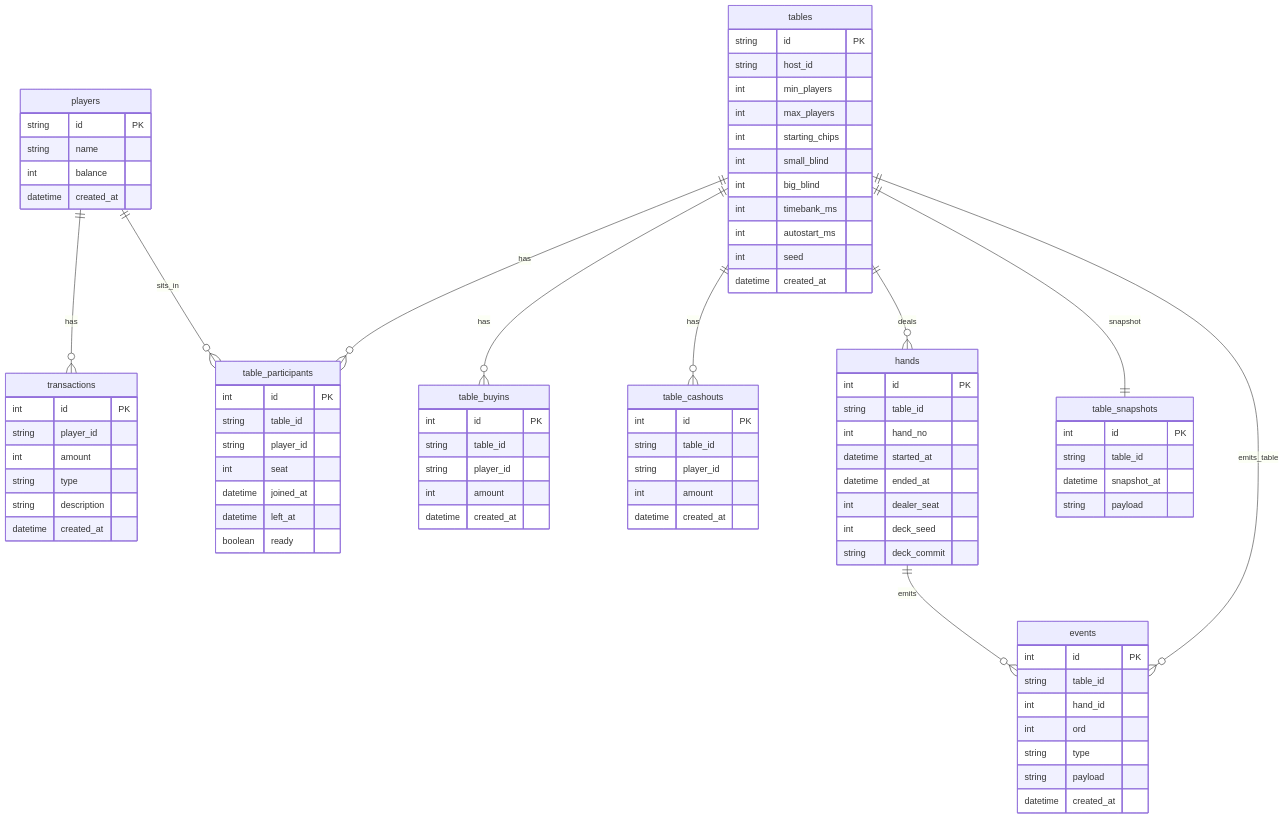
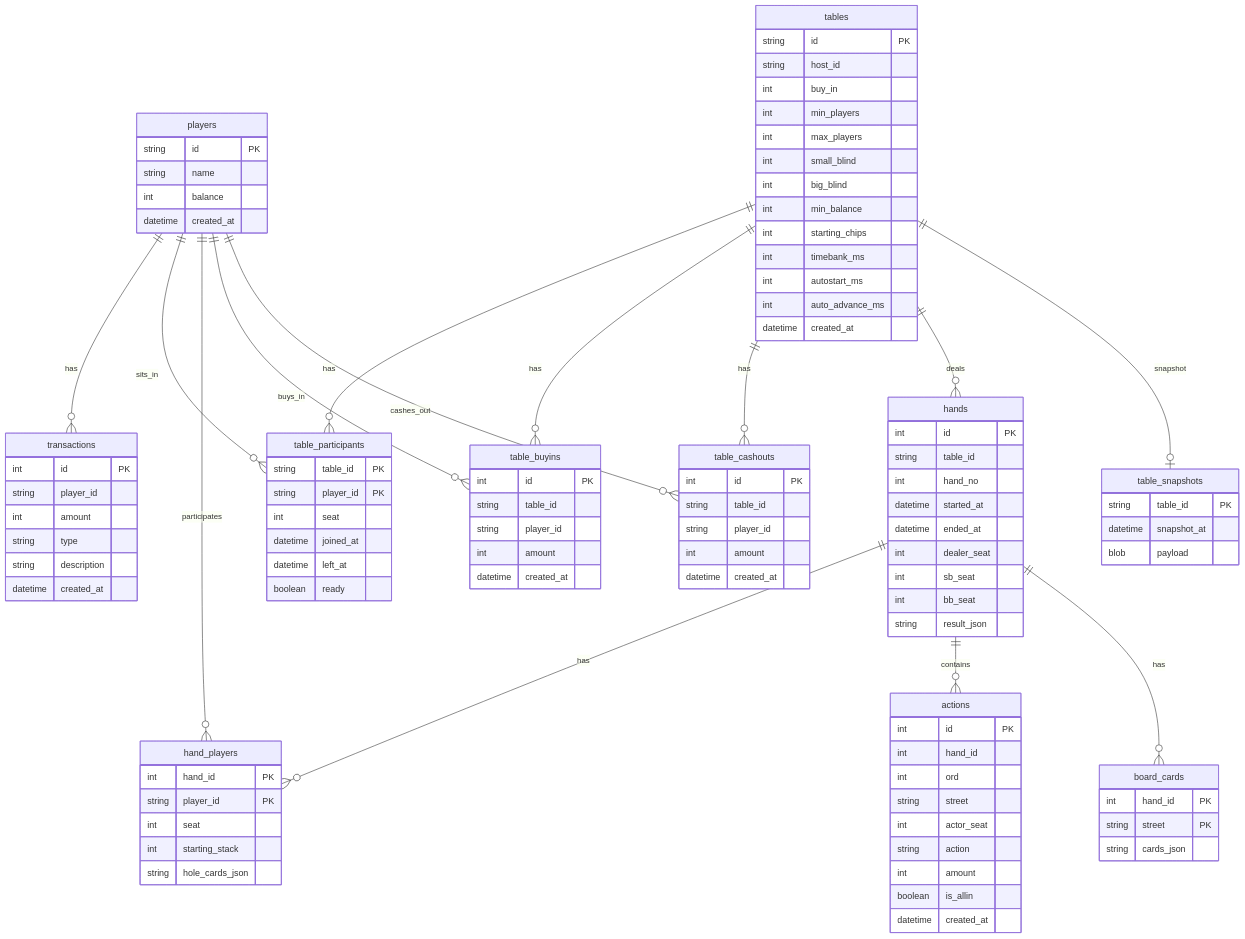
Before and after one commit to vctt94/dcrpoker: the first of 6 diagrams in docs/db.md, drawn with Mermaid. The commit also changed other lines of this file and 40 other files, not shown here.

````diff
--- a/docs/db.md
+++ b/docs/db.md
@@ -3,13 +3,17 @@
 erDiagram
   players ||--o{ transactions : has
   players ||--o{ table_participants : sits_in
+  players ||--o{ hand_players : participates
+  players ||--o{ table_buyins : buys_in
+  players ||--o{ table_cashouts : cashes_out
   tables  ||--o{ table_participants : has
   tables  ||--o{ table_buyins : has
   tables  ||--o{ table_cashouts : has
   tables  ||--o{ hands : deals
-  hands   ||--o{ events : emits
-  tables  ||--o{ events : emits_table
-  tables  ||--|| table_snapshots : snapshot
+  tables  ||--o| table_snapshots : snapshot
+  hands   ||--o{ hand_players : has
+  hands   ||--o{ actions : contains
+  hands   ||--o{ board_cards : has
 
   players {
     string   id PK
@@ -30,21 +34,22 @@
   tables {
     string   id PK
     string   host_id
+    int      buy_in
     int      min_players
     int      max_players
-    int      starting_chips
     int      small_blind
     int      big_blind
+    int      min_balance
+    int      starting_chips
     int      timebank_ms
     int      autostart_ms
-    int      seed
+    int      auto_advance_ms
     datetime created_at
   }
 
   table_participants {
-    int      id PK
-    string   table_id
-    string   player_id
+    string   table_id PK
+    string   player_id PK
     int      seat
     datetime joined_at
     datetime left_at
@@ -74,25 +79,41 @@
     datetime started_at
     datetime ended_at
     int      dealer_seat
-    int      deck_seed
-    string   deck_commit
+    int      sb_seat
+    int      bb_seat
+    string   result_json
   }
 
-  events {
+  hand_players {
+    int      hand_id PK
+    string   player_id PK
+    int      seat
+    int      starting_stack
+    string   hole_cards_json
+  }
+
+  actions {
     int      id PK
-    string   table_id
     int      hand_id
     int      ord
-    string   type
-    string   payload
+    string   street
+    int      actor_seat
+    string   action
+    int      amount
+    boolean  is_allin
     datetime created_at
   }
 
+  board_cards {
+    int      hand_id PK
+    string   street PK
+    string   cards_json
+  }
+
   table_snapshots {
-    int      id PK
-    string   table_id
+    string   table_id PK
     datetime snapshot_at
-    string   payload
+    blob     payload
   }
 
 ```
````
